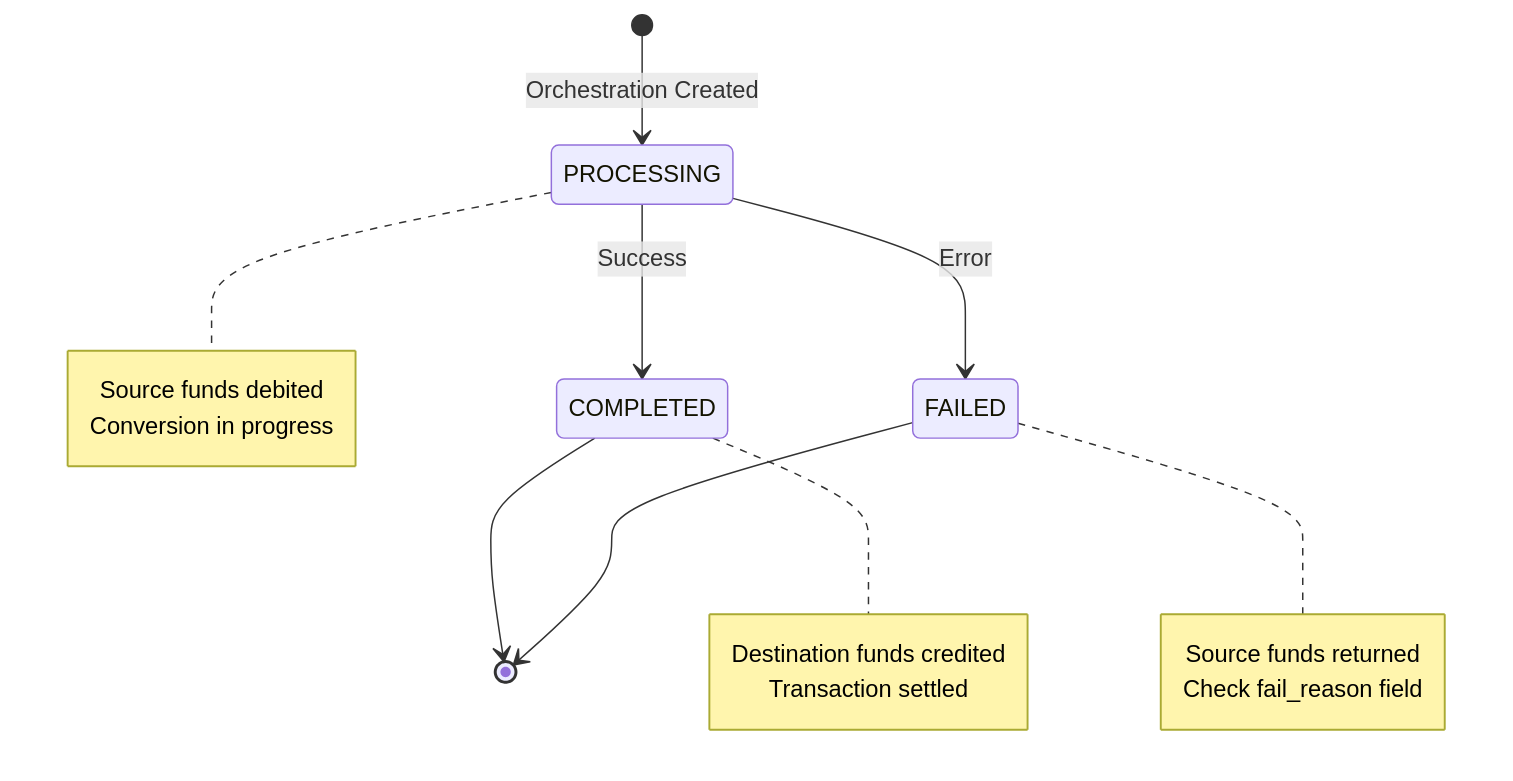
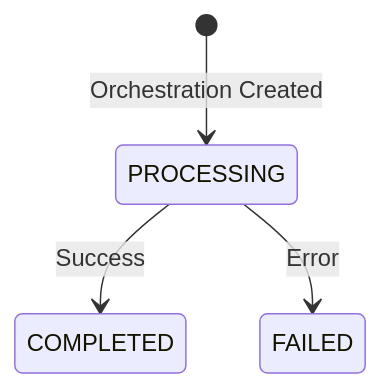
The diagram in guides/developer/convert.mdx (paxosglobal/docs-mintlify), drawn with Mermaid before and after one commit. The commit also changed other lines of this file, not shown here.

````diff
--- a/guides/developer/convert.mdx
+++ b/guides/developer/convert.mdx
@@ -325,23 +247,6 @@
 ```mermaid
 stateDiagram-v2
     [*] --> PROCESSING: Orchestration Created
     PROCESSING --> COMPLETED: Success
     PROCESSING --> FAILED: Error
-    COMPLETED --> [*]
-    FAILED --> [*]
-    
-    note right of PROCESSING
-        Source funds debited
-        Conversion in progress
-    end note
-    
-    note right of COMPLETED
-        Destination funds credited
-        Transaction settled
-    end note
-    
-    note right of FAILED  
-        Source funds returned
-        Check fail_reason field
-    end note
 ```
````
